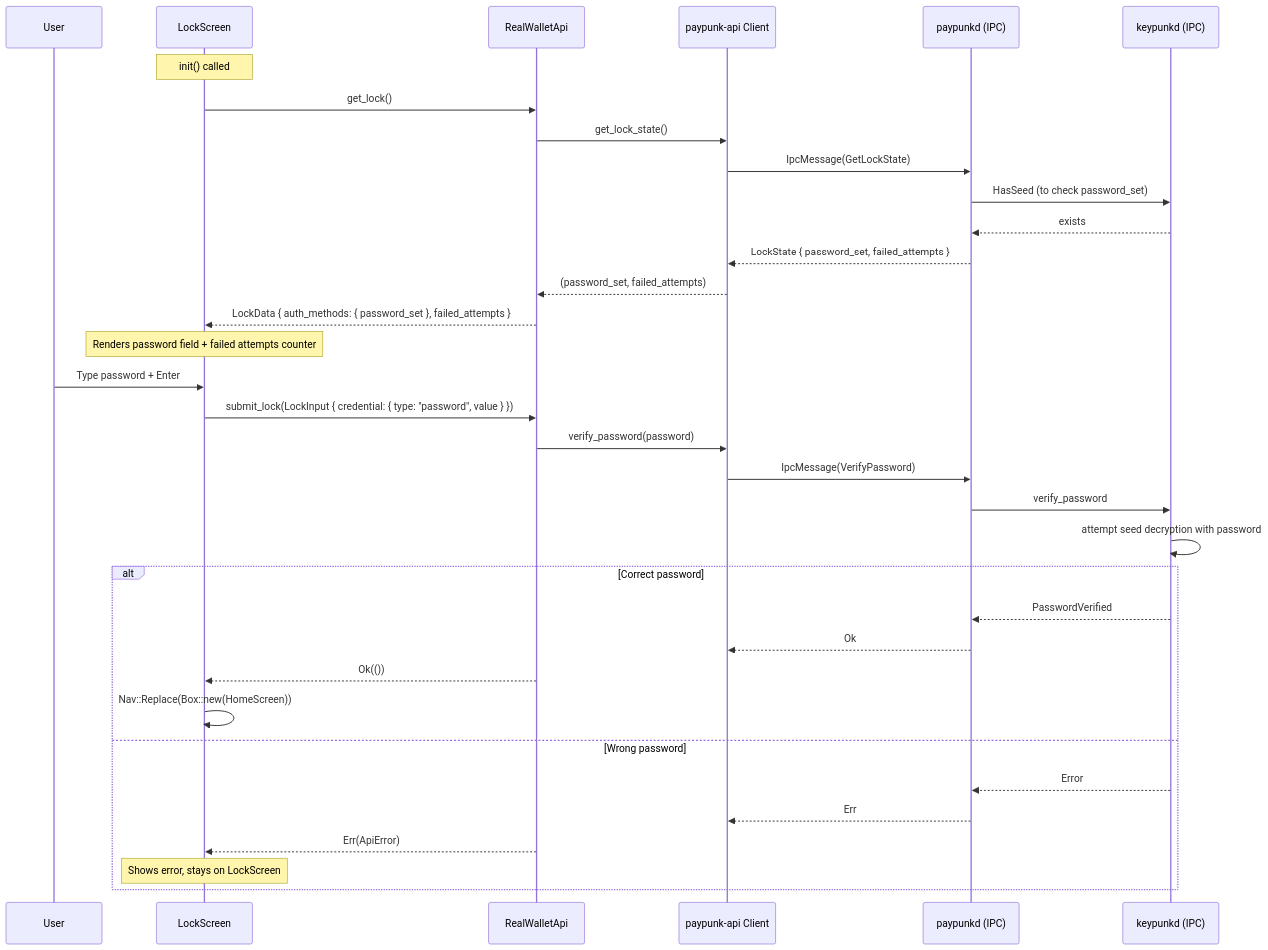
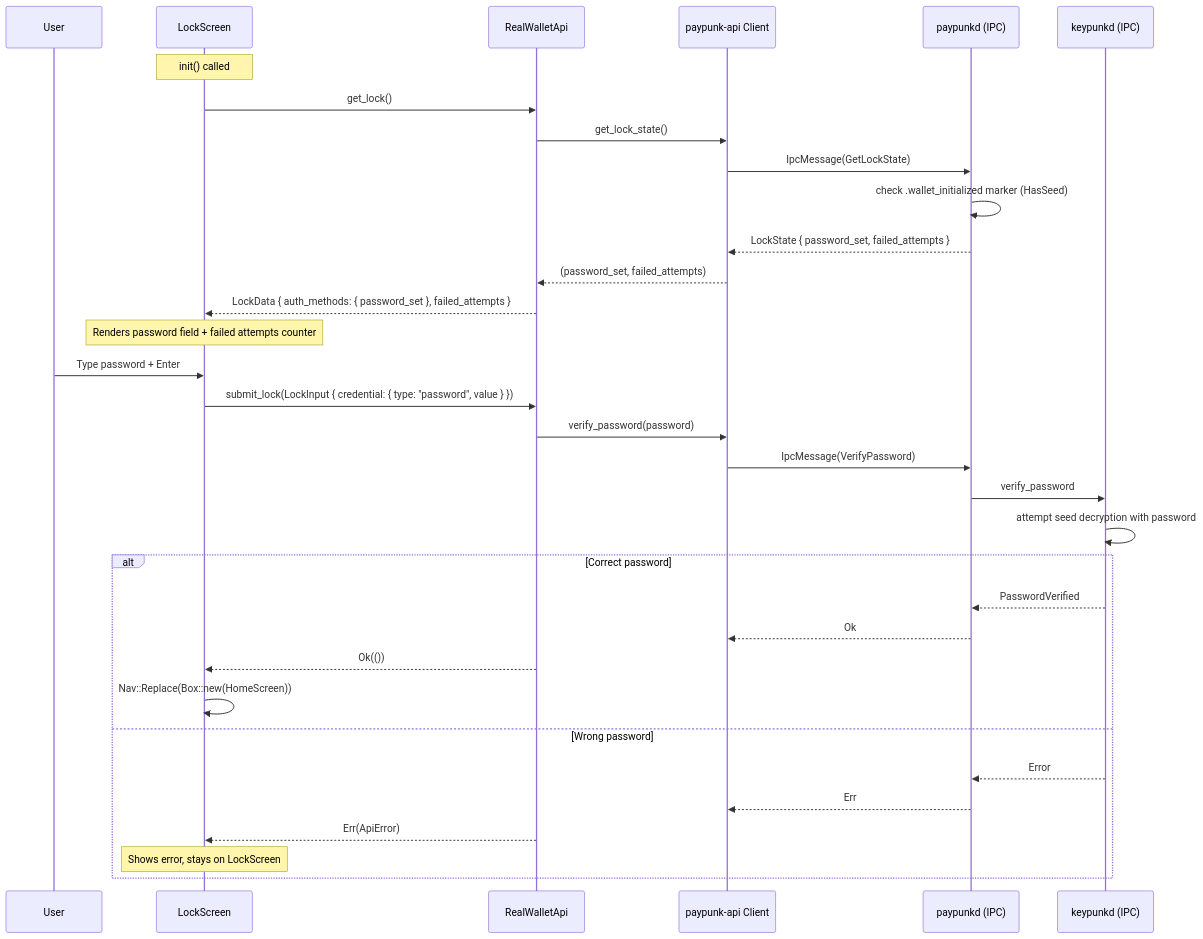
The diagram in docs/usecases/03-lock.md (blockhackersio/paypunk), drawn with Mermaid before and after one commit. The commit also changed 9 other files, not shown here.

````diff
--- a/docs/usecases/03-lock.md
+++ b/docs/usecases/03-lock.md
@@ -9,40 +9,39 @@
 ```mermaid
 sequenceDiagram
     participant U as User
     participant TUI as LockScreen
     participant API as RealWalletApi
     participant Client as paypunk-api Client
     participant paypunkd as paypunkd (IPC)
     participant keypunkd as keypunkd (IPC)
 
     Note over TUI: init() called
     TUI->>API: get_lock()
     API->>Client: get_lock_state()
     Client->>paypunkd: IpcMessage(GetLockState)
-    paypunkd->>keypunkd: HasSeed (to check password_set)
-    keypunkd-->>paypunkd: exists
+    paypunkd->>paypunkd: check .wallet_initialized marker (HasSeed)
     paypunkd-->>Client: LockState { password_set, failed_attempts }
     Client-->>API: (password_set, failed_attempts)
     API-->>TUI: LockData { auth_methods: { password_set }, failed_attempts }
 
     Note over TUI: Renders password field + failed attempts counter
 
     U->>TUI: Type password + Enter
 
     TUI->>API: submit_lock(LockInput { credential: { type: "password", value } })
     API->>Client: verify_password(password)
     Client->>paypunkd: IpcMessage(VerifyPassword)
     paypunkd->>keypunkd: verify_password
     keypunkd->>keypunkd: attempt seed decryption with password
     alt Correct password
         keypunkd-->>paypunkd: PasswordVerified
         paypunkd-->>Client: Ok
         API-->>TUI: Ok(())
         TUI->>TUI: Nav::Replace(Box::new(HomeScreen))
     else Wrong password
         keypunkd-->>paypunkd: Error
         paypunkd-->>Client: Err
         API-->>TUI: Err(ApiError)
         Note over TUI: Shows error, stays on LockScreen
     end
 ```
````
